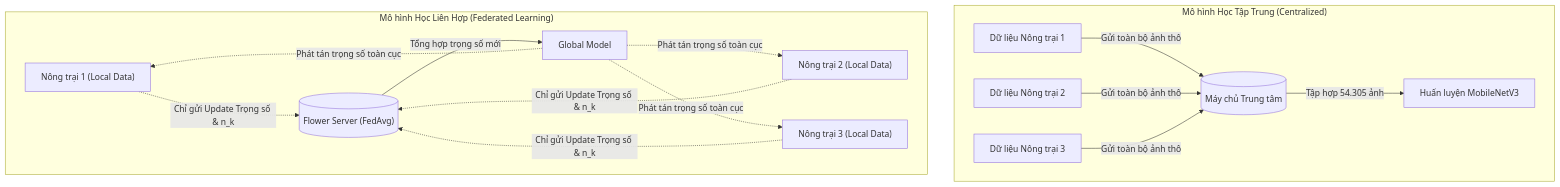
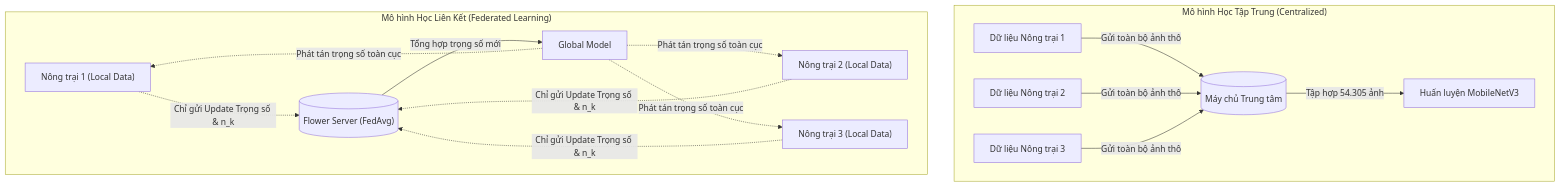
The first of 5 diagrams in docs/ARCHITECTURE.md (khanh51024/Federated-Learning-DoAn-TotNghiep), drawn with Mermaid before and after one commit. The commit also changed 13 other files, not shown here.

````diff
--- a/docs/ARCHITECTURE.md
+++ b/docs/ARCHITECTURE.md
@@ -9,19 +9,19 @@
 ```mermaid
 graph TD
     subgraph Centralized ["Mô hình Học Tập Trung (Centralized)"]
         D1["Dữ liệu Nông trại 1"] -->|Gửi toàn bộ ảnh thô| S1[("Máy chủ Trung tâm")]
         D2["Dữ liệu Nông trại 2"] -->|Gửi toàn bộ ảnh thô| S1
         D3["Dữ liệu Nông trại 3"] -->|Gửi toàn bộ ảnh thô| S1
         S1 -->|Tập hợp 54.305 ảnh| T1["Huấn luyện MobileNetV3"]
     end
 
-    subgraph Federated ["Mô hình Học Liên Hợp (Federated Learning)"]
+    subgraph Federated ["Mô hình Học Liên Kết (Federated Learning)"]
         F1["Nông trại 1 (Local Data)"] -.->|Chỉ gửi Update Trọng số & n_k| S2[("Flower Server (FedAvg)")]
         F2["Nông trại 2 (Local Data)"] -.->|Chỉ gửi Update Trọng số & n_k| S2
         F3["Nông trại 3 (Local Data)"] -.->|Chỉ gửi Update Trọng số & n_k| S2
         S2 -->|Tổng hợp trọng số mới| G1["Global Model"]
         G1 -.->|Phát tán trọng số toàn cục| F1
         G1 -.->|Phát tán trọng số toàn cục| F2
         G1 -.->|Phát tán trọng số toàn cục| F3
     end
 ```
````
